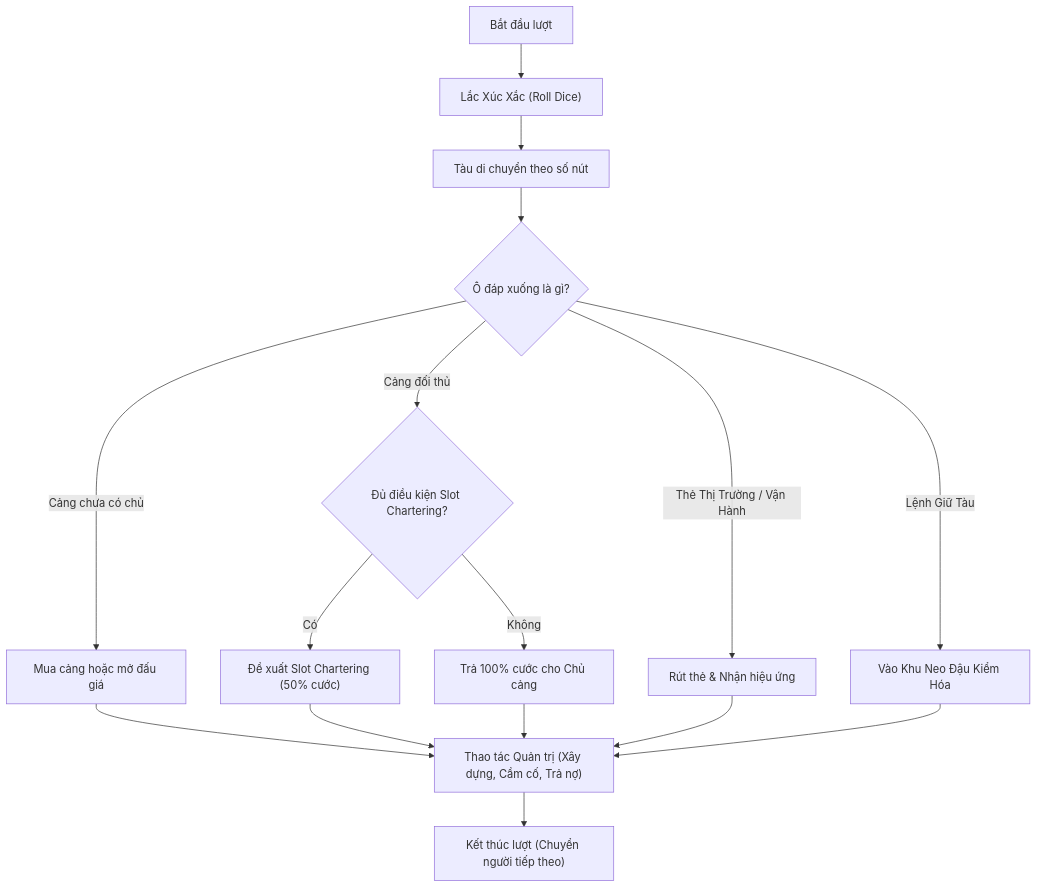
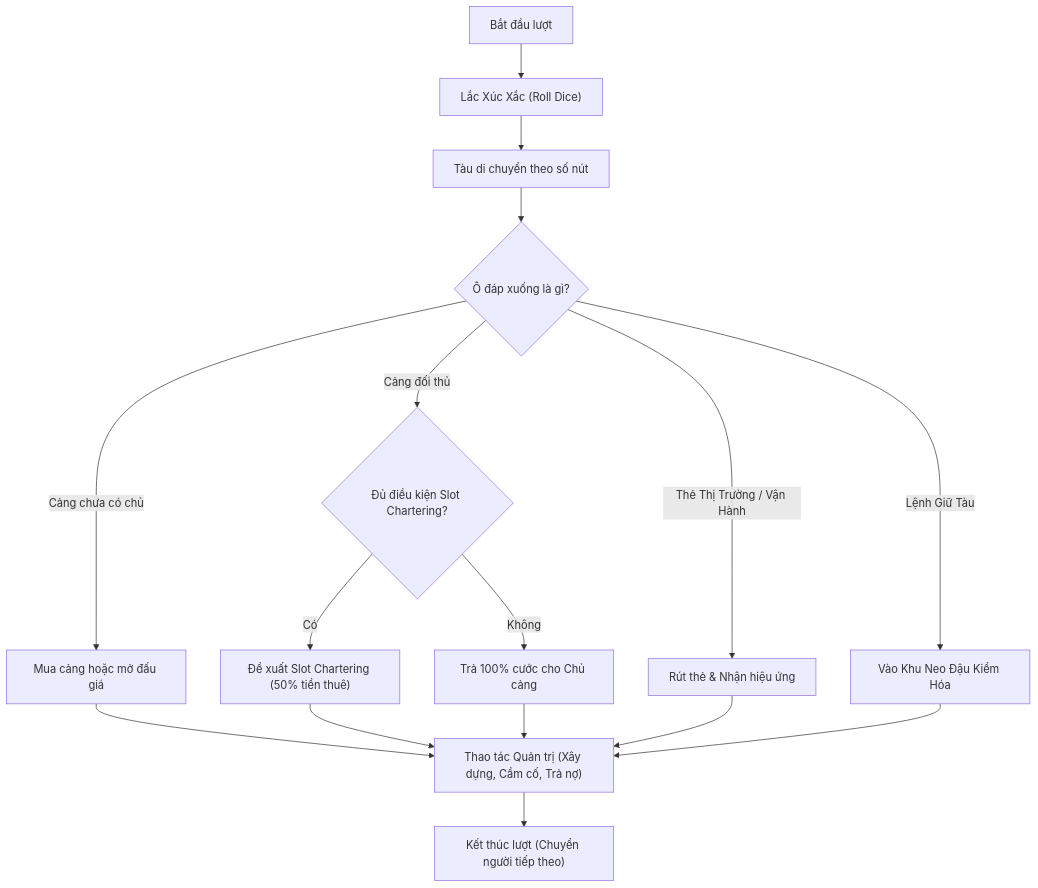
The diagram in docs/LUAT_CHOI_ONE_MONOPOLY.md (phanky1/one-monopoly-game), drawn with Mermaid before and after one commit. The commit also changed other lines of this file and 23 other files, not shown here.

Commit message:
Let charter partners trade a future rent share for an export pickup

````diff
--- a/docs/LUAT_CHOI_ONE_MONOPOLY.md
+++ b/docs/LUAT_CHOI_ONE_MONOPOLY.md
@@ -165,18 +165,18 @@
 ```mermaid
 flowchart TD
     A["Bắt đầu lượt"] --> B["Lắc Xúc Xắc (Roll Dice)"]
     B --> C["Tàu di chuyển theo số nút"]
     C --> D{"Ô đáp xuống là gì?"}
     D -->|Cảng chưa có chủ| E["Mua cảng hoặc mở đấu giá"]
     D -->|Cảng đối thủ| F{"Đủ điều kiện Slot Chartering?"}
-    F -->|Có| G["Đề xuất Slot Chartering (50% cước)"]
+    F -->|Có| G["Đề xuất Slot Chartering (50% tiền thuê)"]
     F -->|Không| H["Trả 100% cước cho Chủ cảng"]
     D -->|Thẻ Thị Trường / Vận Hành| I["Rút thẻ & Nhận hiệu ứng"]
     D -->|Lệnh Giữ Tàu| J["Vào Khu Neo Đậu Kiểm Hóa"]
     E --> K["Thao tác Quản trị (Xây dựng, Cầm cố, Trả nợ)"]
     G --> K
     H --> K
     I --> K
     J --> K
     K --> L["Kết thúc lượt (Chuyển người tiếp theo)"]
 ```
````
